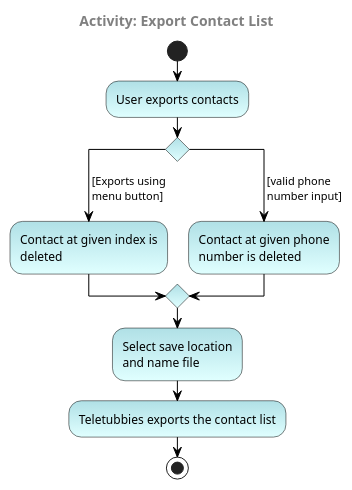
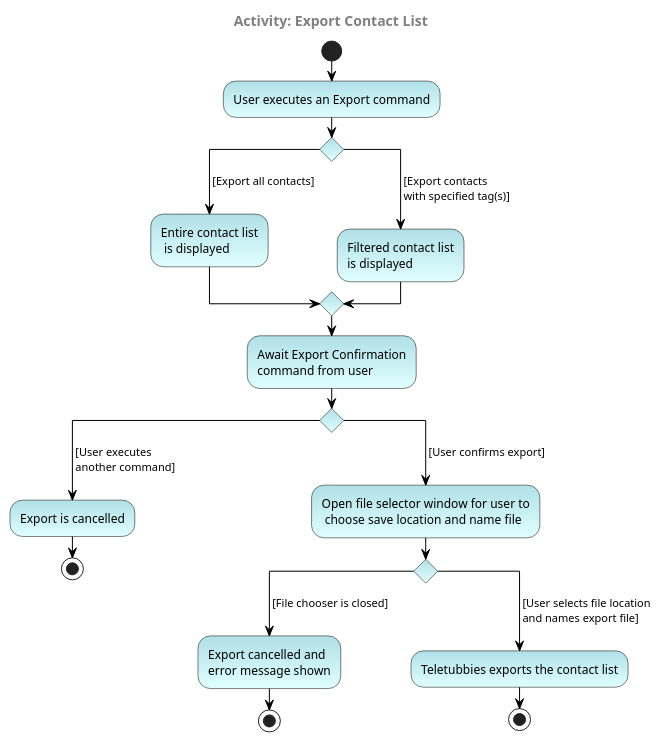
One commit to vigneshsankariyer1234567890/tp changed the diagram in docs/diagrams/ExportActivityDiagram.puml. Above: the diagram before and after it, drawn with PlantUML. The commit also changed 2 other files, not shown here.

Commit message:
Create export activity diagram

```diff
--- a/docs/diagrams/ExportActivityDiagram.puml
+++ b/docs/diagrams/ExportActivityDiagram.puml
@@ -1,38 +1,52 @@
 @startuml
 
 skinparam ActivityBorderColor black
 skinparam ArrowColor black
 
 skinparam ActivityDiamondBorderColor black
 skinparam activityDiamondBackgroundColor pink-mistyrose
 
 skinparam activityBackgroundColor powderblue-lightcyan
 
 skinparam TitleFontColor grey
 
 title Activity: Export Contact List
 
 start
-:User exports contacts;
+:User executes an Export command;
 
 'Since the beta syntax does not support placing the condition outside the
 'diamond we place it as the true branch instead.
 
 switch ()
-case ( [Exports using \n menu button] )
-    :Contact at given index is
-    deleted;
-case ( [valid phone \n number input] )
-    :Contact at given phone
-    number is deleted;
-
+case ( [Export all contacts] )
+    :Entire contact list
+     is displayed;
+case ( [Export contacts \n with specified tag(s)] )
+    :Filtered contact list 
+    is displayed;
 
 endswitch
 
-:Select save location
-and name file;
+:Await Export Confirmation 
+command from user;
 
-:Teletubbies exports the contact list;
+switch ()
+case ( [User executes\n another command] )
+    :Export is cancelled;
 
 stop
+case ( [User confirms export] )
+     :Open file selector window for user to
+      choose save location and name file;
+     
+     switch ()
+     case( [File chooser is closed] )
+        :Export cancelled and \nerror message shown;
+        stop
+     case( [User selects file location \n and names export file])
+        :Teletubbies exports the contact list;
+        stop
+     
+
 @enduml
```
